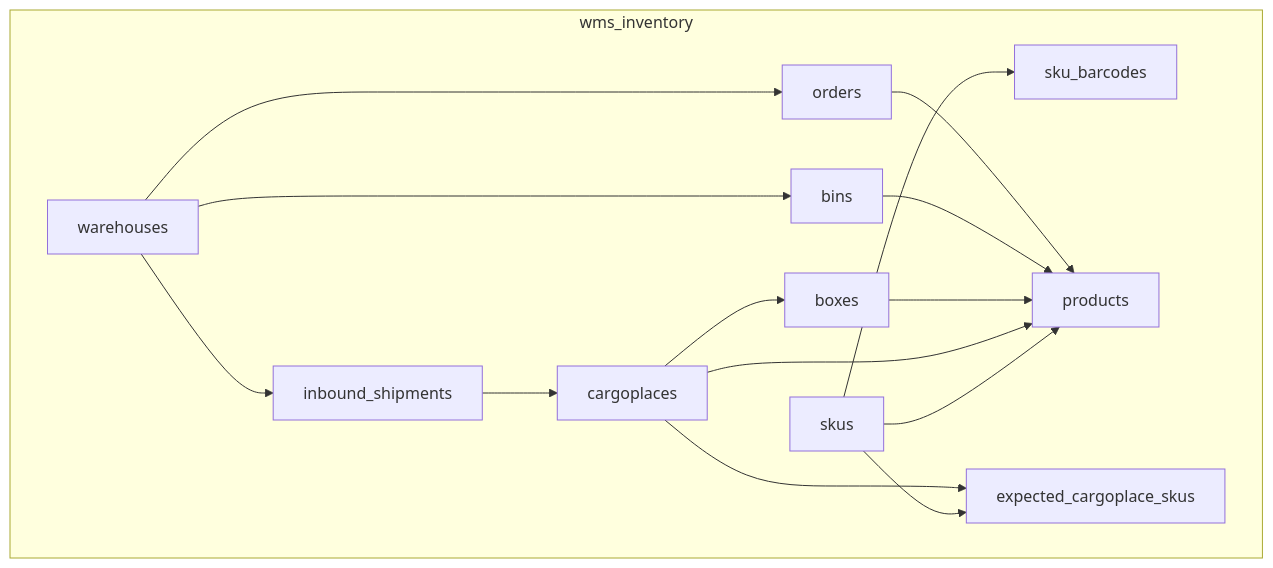
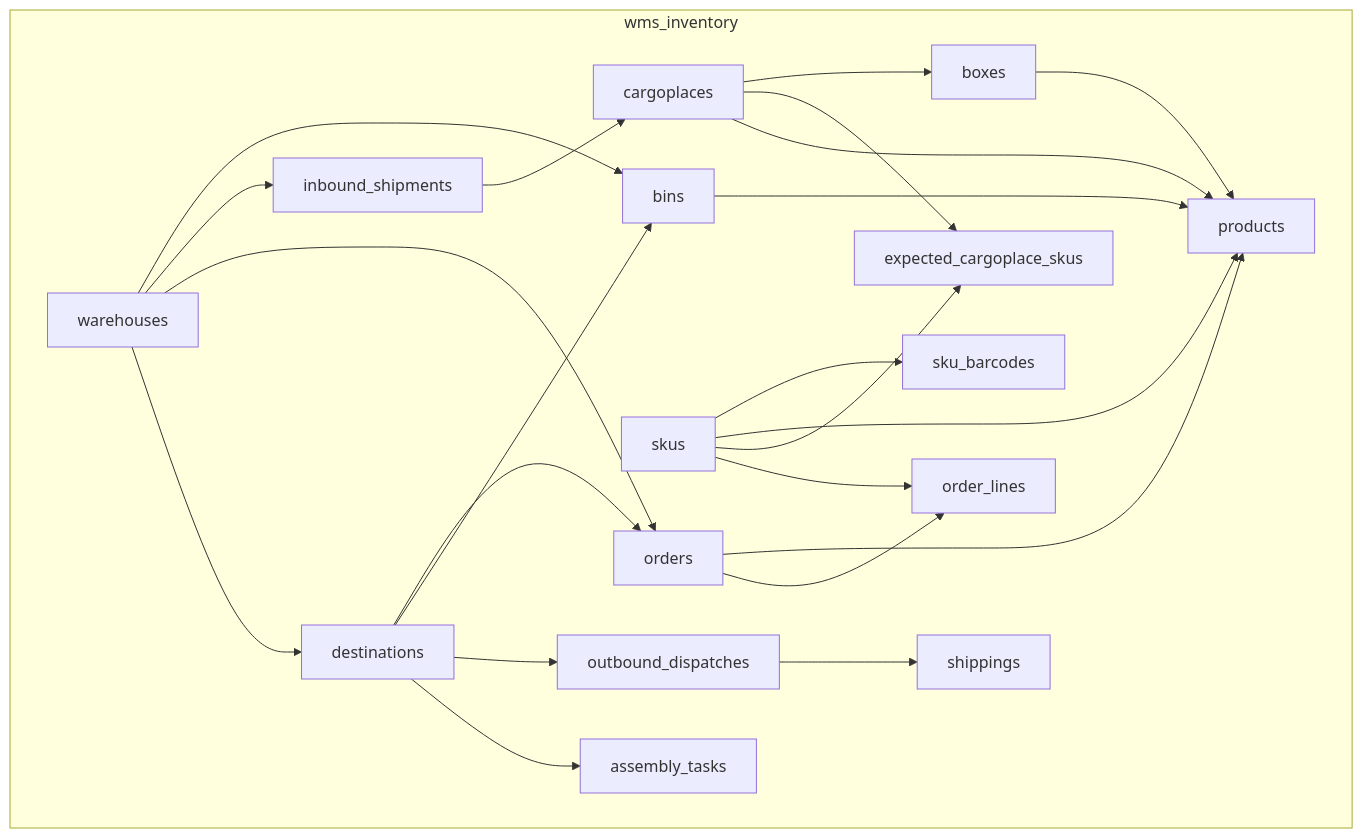
The second of 4 diagrams in docs/data-model/er-diagram.md (oglenyaboss/avalanche-wms), drawn with Mermaid before and after one commit. The commit also changed other lines of this file and 2 other files, not shown here.

Commit message:
docs(data-model,api): синхронизировать ER-диаграмму, entity-lifecycle и api-contract с миграцией 0007

````diff
--- a/docs/data-model/er-diagram.md
+++ b/docs/data-model/er-diagram.md
@@ -252,18 +296,26 @@
 ```mermaid
 graph TD
     subgraph wms_inventory
         warehouses --> bins
         warehouses --> inbound_shipments
         warehouses --> orders
+        warehouses --> destinations
         skus --> sku_barcodes
         skus --> products
         skus --> expected_cargoplace_skus
+        skus --> order_lines
         inbound_shipments --> cargoplaces
         cargoplaces --> boxes
         cargoplaces --> expected_cargoplace_skus
         cargoplaces --> products
         boxes --> products
         bins --> products
         orders --> products
+        orders --> order_lines
+        destinations --> orders
+        destinations --> bins
+        destinations --> outbound_dispatches
+        destinations --> assembly_tasks
+        outbound_dispatches --> shippings
     end
 ```
````
